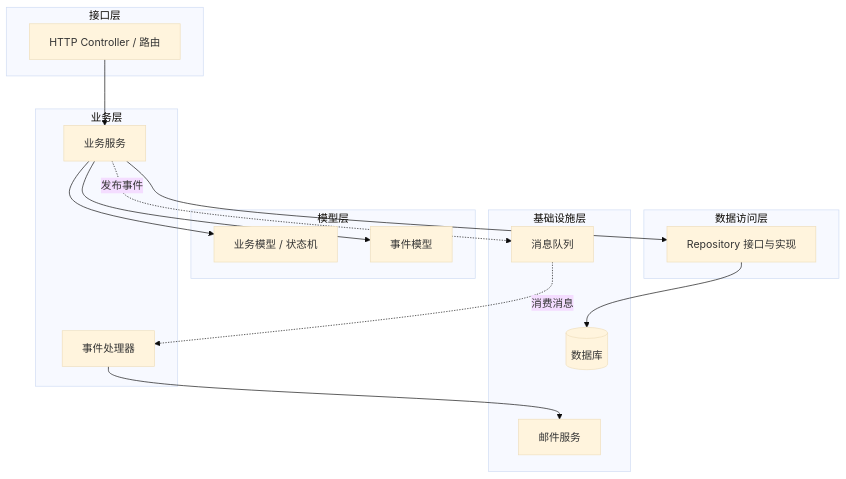
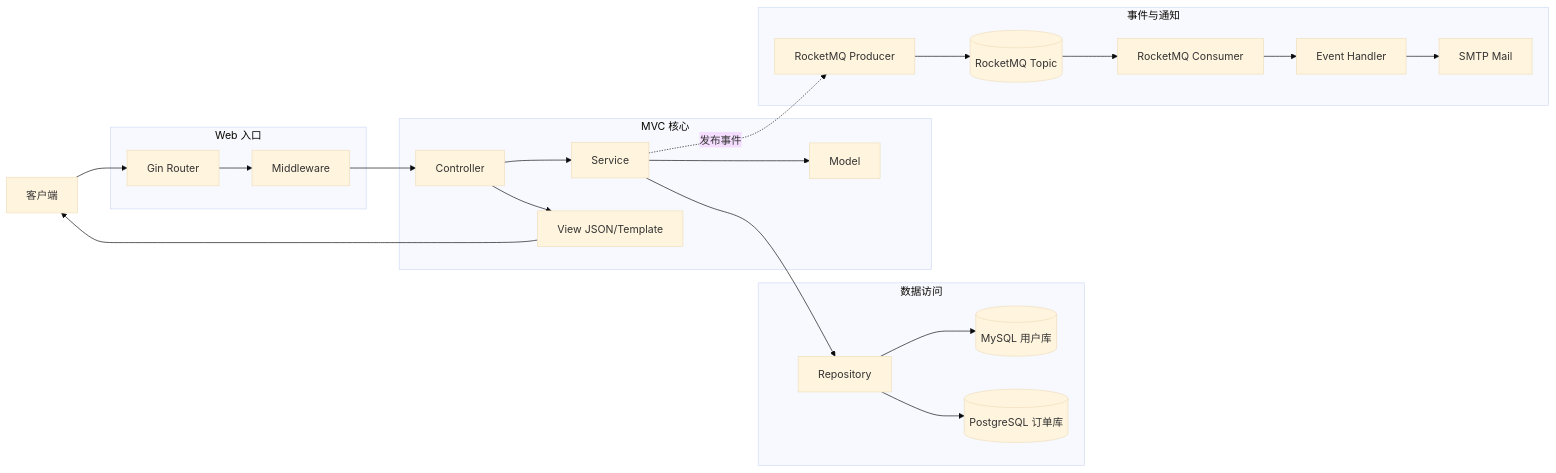
Before and after one commit to microwind/design-patterns: the diagram in practice-projects/gin-mvc/Gin-Framework-MVC-Scaffold.md, drawn with Mermaid (base theme). The commit also changed 17 other files, not shown here.

Commit message:
add pagenation for springboot4ddd & add gin-mvc

````diff
--- a/practice-projects/gin-mvc/Gin-Framework-MVC-Scaffold.md
+++ b/practice-projects/gin-mvc/Gin-Framework-MVC-Scaffold.md
@@ -46,35 +46,47 @@
 ```mermaid
-flowchart TB
-    subgraph 接口层
-        Controller[HTTP Controller / 路由]
+flowchart LR
+    Client[客户端]
+
+    subgraph Web["Web 入口"]
+        Router[Gin Router]
+        Middleware[Middleware]
     end
 
-    subgraph 业务层
-        Service[业务服务]
-        EventHandler[事件处理器]
+    subgraph MVC["MVC 核心"]
+        Controller[Controller]
+        Service[Service]
+        Model[Model]
+        View[View JSON/Template ]
     end
 
-    subgraph 数据访问层
-        Repository[Repository 接口与实现]
+    subgraph Repo["数据访问"]
+        Repository[Repository]
+        UserDB[(MySQL 用户库)]
+        OrderDB[(PostgreSQL 订单库)]
     end
 
-    subgraph 模型层
-        Model[业务模型 / 状态机]
-        EventModel[事件模型]
+    subgraph Event["事件与通知"]
+        Producer[RocketMQ Producer]
+        Topic[(RocketMQ Topic)]
+        Consumer[RocketMQ Consumer]
+        Handler[Event Handler]
+        Mail[SMTP Mail]
     end
 
-    subgraph 基础设施层
-        MQ[消息队列]
-        Mail[邮件服务]
-        DB[(数据库)]
-    end
+    Client --> Router
+    Router --> Middleware
+    Middleware --> Controller
+    Controller --> Service
+    Service --> Model
+    Service --> Repository
+    Repository --> UserDB
+    Repository --> OrderDB
+    Controller --> View
+    View --> Client
 
-    Controller --> Service
-    Service --> Repository
-    Service --> Model
-    Service --> EventModel
-    Repository --> DB
-    Service -.发布事件.-> MQ
-    MQ -.消费消息.-> EventHandler
-    EventHandler --> Mail
+    Service -.发布事件.-> Producer
+    Producer --> Topic
+    Topic --> Consumer
+    Consumer --> Handler
+    Handler --> Mail
 ```
````
